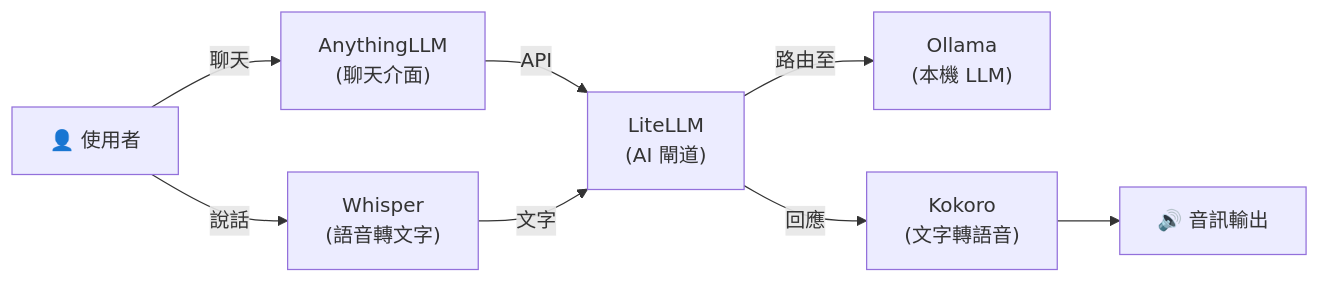
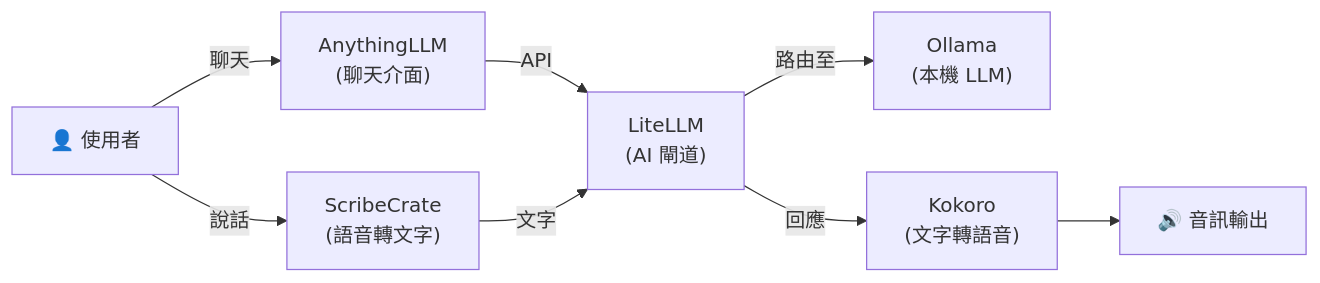
Before and after one commit to hwdsl2/self-hosted-ai-stack: the diagram in stacks/voice-chat/README-zh-Hant.md, drawn with Mermaid. The commit also changed other lines of this file and 19 other files, not shown here.

````diff
--- a/stacks/voice-chat/README-zh-Hant.md
+++ b/stacks/voice-chat/README-zh-Hant.md
@@ -17,10 +17,10 @@
 ```mermaid
 graph LR
     U["👤 使用者"] -->|聊天| A["AnythingLLM<br/>(聊天介面)"]
-    U -->|說話| W["Whisper<br/>(語音轉文字)"]
+    U -->|說話| W["ScribeCrate<br/>(語音轉文字)"]
     A -->|API| L["LiteLLM<br/>(AI 閘道)"]
     L -->|路由至| O["Ollama<br/>(本機 LLM)"]
     L -->|回應| K["Kokoro<br/>(文字轉語音)"]
     K --> S["🔊 音訊輸出"]
     W -->|文字| L
 ```
````
